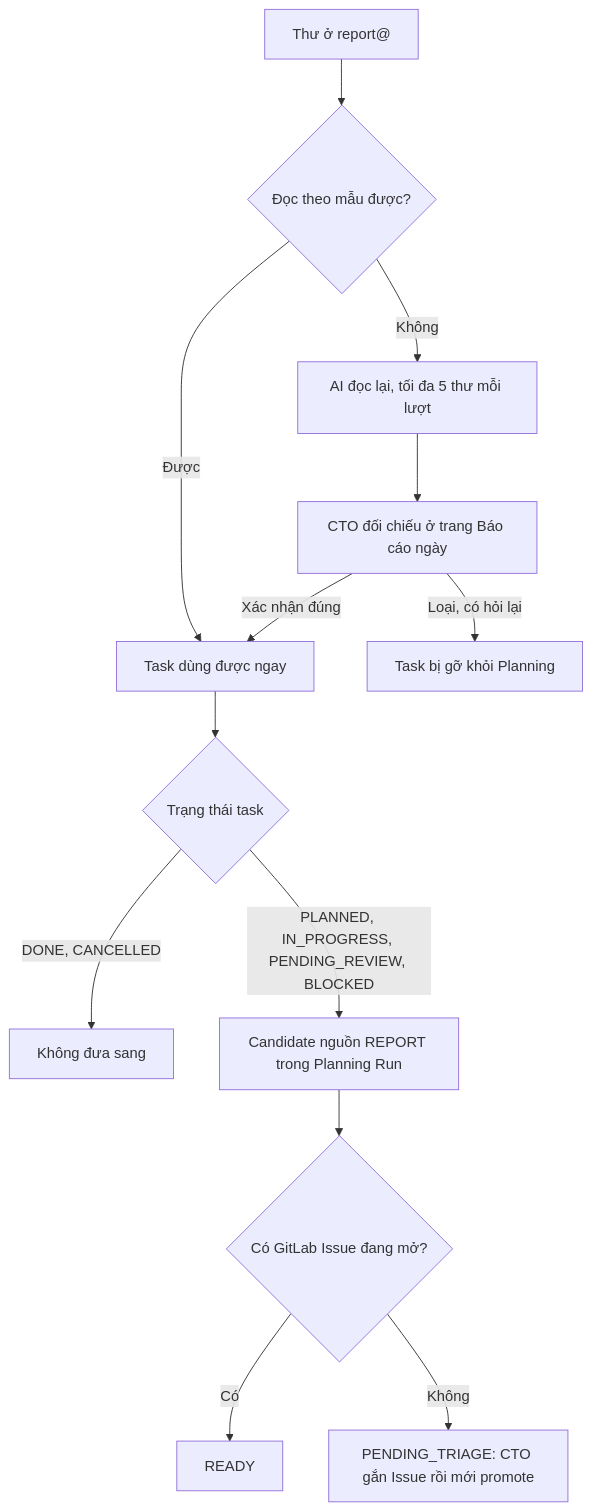
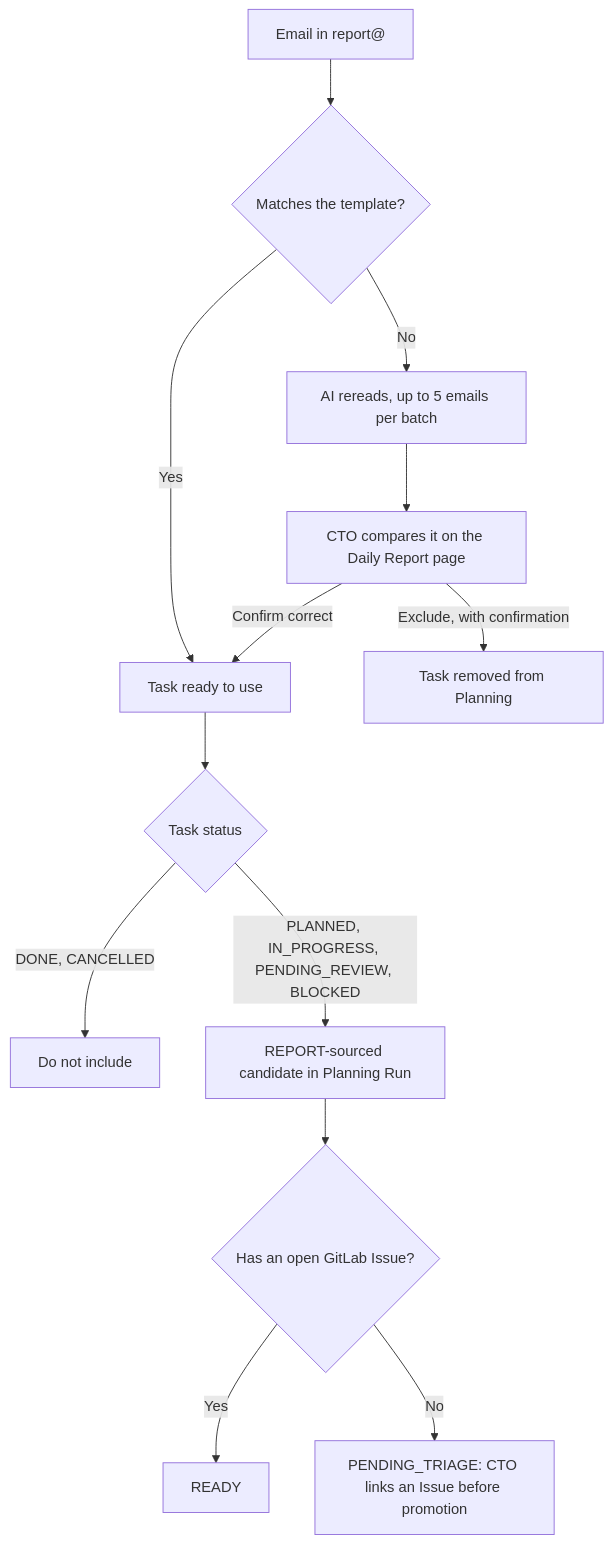
One commit to ZiniSoft/intake changed the ninth of 11 diagrams in docs/stable/flows.md. Above: the diagram before and after it, drawn with Mermaid. The commit also changed other lines of this file and 70 other files, not shown here.

````diff
--- a/docs/stable/flows.md
+++ b/docs/stable/flows.md
@@ -200,15 +200,15 @@
 ```mermaid
 flowchart TD
-    M[Thư ở report@] --> P{Đọc theo mẫu được?}
-    P -->|Được| U[Task dùng được ngay]
-    P -->|Không| A[AI đọc lại, tối đa 5 thư mỗi lượt]
-    A --> R[CTO đối chiếu ở trang Báo cáo ngày]
-    R -->|Xác nhận đúng| U
-    R -->|Loại, có hỏi lại| X[Task bị gỡ khỏi Planning]
-    U --> S{Trạng thái task}
-    S -->|DONE, CANCELLED| N[Không đưa sang]
-    S -->|PLANNED, IN_PROGRESS, PENDING_REVIEW, BLOCKED| C[Candidate nguồn REPORT trong Planning Run]
-    C --> I{Có GitLab Issue đang mở?}
-    I -->|Có| RD[READY]
-    I -->|Không| T[PENDING_TRIAGE: CTO gắn Issue rồi mới promote]
+    M[Email in report@] --> P{Matches the template?}
+    P -->|Yes| U[Task ready to use]
+    P -->|No| A[AI rereads, up to 5 emails per batch]
+    A --> R[CTO compares it on the Daily Report page]
+    R -->|Confirm correct| U
+    R -->|Exclude, with confirmation| X[Task removed from Planning]
+    U --> S{Task status}
+    S -->|DONE, CANCELLED| N[Do not include]
+    S -->|PLANNED, IN_PROGRESS, PENDING_REVIEW, BLOCKED| C[REPORT-sourced candidate in Planning Run]
+    C --> I{Has an open GitLab Issue?}
+    I -->|Yes| RD[READY]
+    I -->|No| T[PENDING_TRIAGE: CTO links an Issue before promotion]
 ```
````
